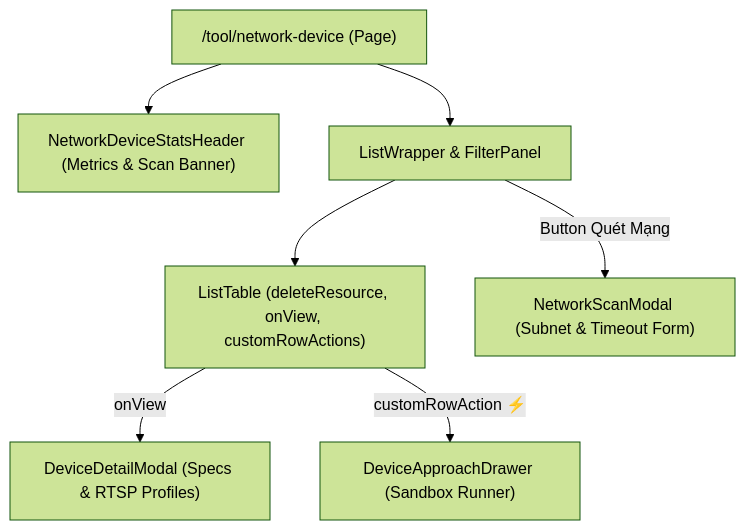
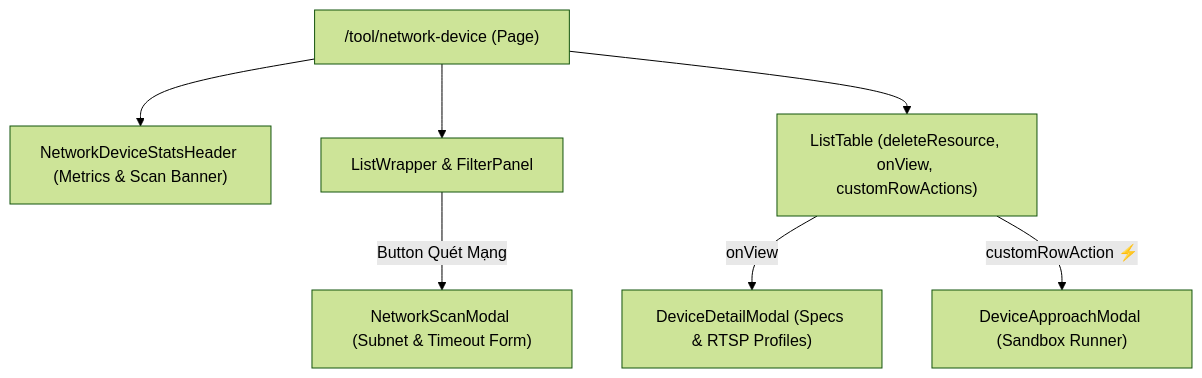
One commit to Personal-Source-SP/only-one-fe changed the diagram in only-one/archives/20260916-112600-network-device-tool-ui.md. Above: the diagram before and after it, drawn with Mermaid (forest theme). The commit also changed other lines of this file and 5 other files, not shown here.

Commit message:
docs: update architecture archives for declarative ListWrapper and form components

````diff
--- a/only-one/archives/20260916-112600-network-device-tool-ui.md
+++ b/only-one/archives/20260916-112600-network-device-tool-ui.md
@@ -31,11 +31,11 @@
 ```mermaid
 flowchart TD
     Page["/tool/network-device (Page)"]
     Page --> Stats["NetworkDeviceStatsHeader (Metrics & Scan Banner)"]
     Page --> ListWrap["ListWrapper & FilterPanel"]
-    ListWrap --> Table["ListTable (deleteResource, onView, customRowActions)"]
+    Page --> Table["ListTable (deleteResource, onView, customRowActions)"]
     
     Table -->|onView| DetailModal["DeviceDetailModal (Specs & RTSP Profiles)"]
-    Table -->|customRowAction ⚡| ApproachDrawer["DeviceApproachDrawer (Sandbox Runner)"]
+    Table -->|customRowAction ⚡| ApproachModal["DeviceApproachModal (Sandbox Runner)"]
     ListWrap -->|Button Quét Mạng| ScanModal["NetworkScanModal (Subnet & Timeout Form)"]
 ```
````
